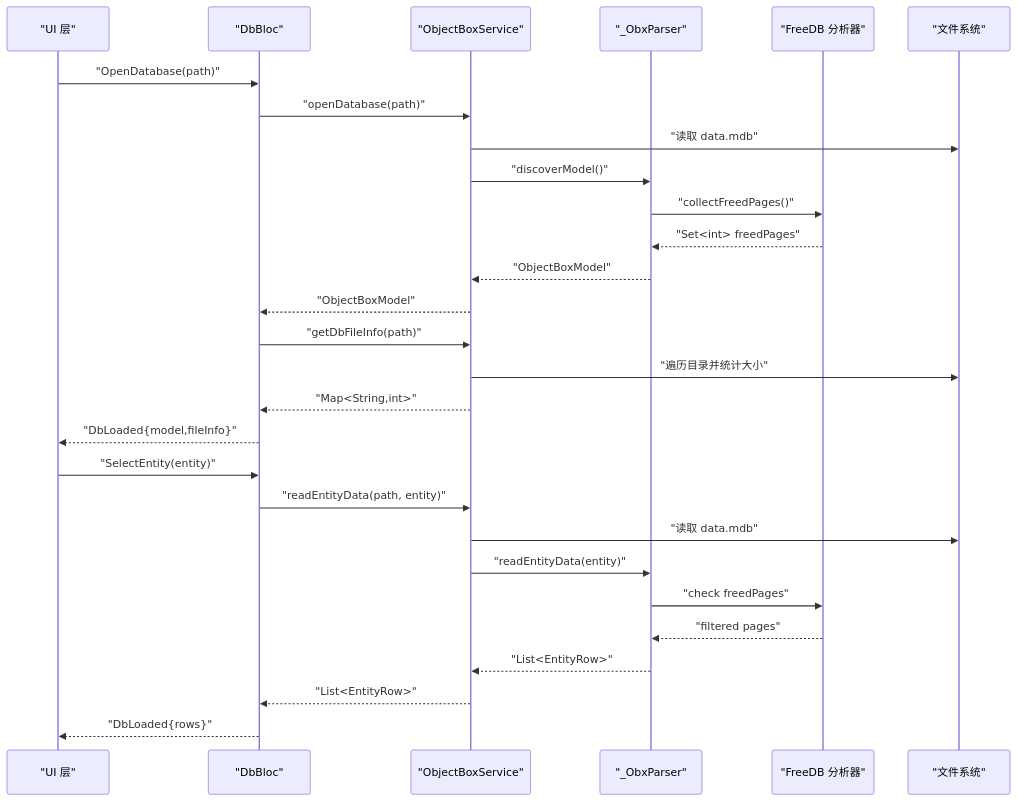
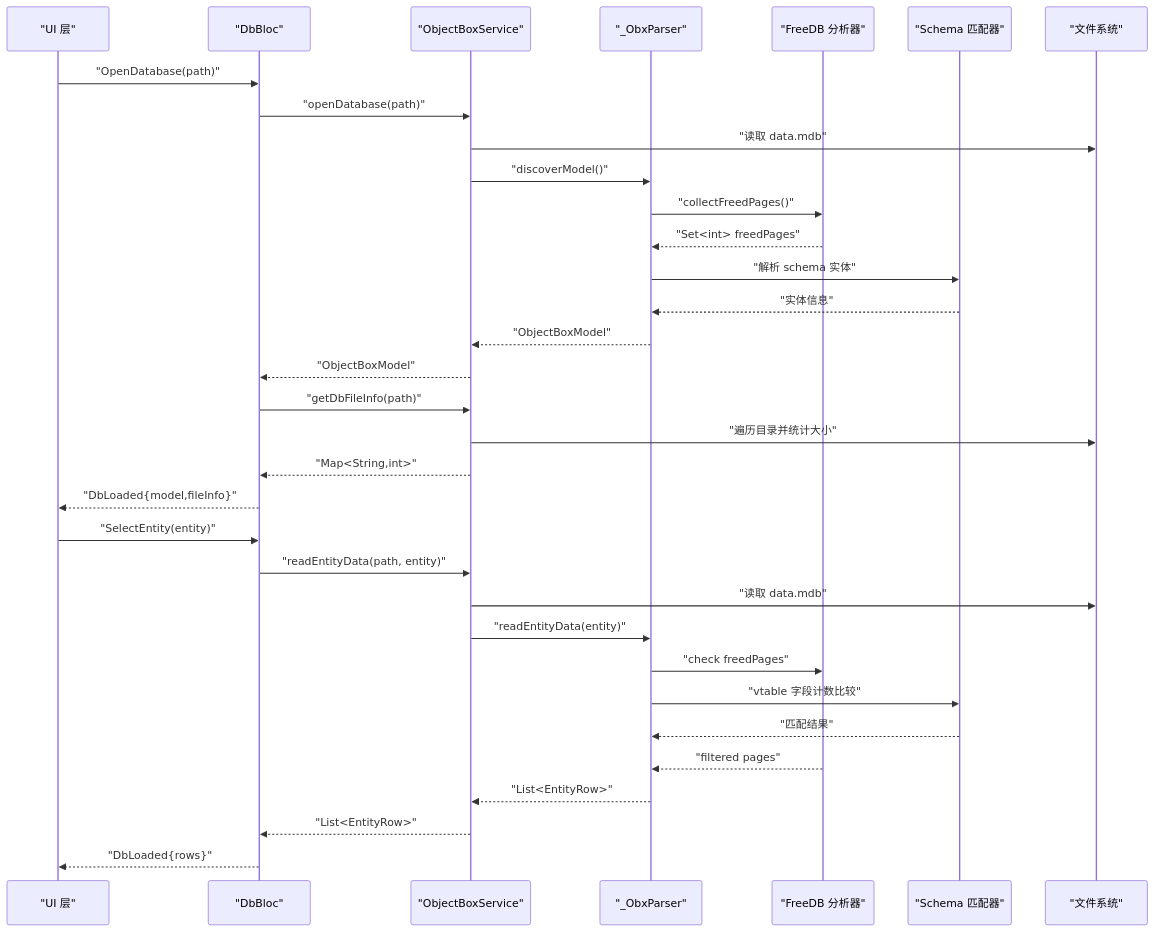
One commit to kongpf8848/objectbox_viewer changed the second of 7 diagrams in .qoder/repowiki/zh/content/架构设计/服务层架构.md. Above: the diagram before and after it, drawn with Mermaid. The commit also changed other lines of this file and 8 other files, not shown here.

````diff
--- a/.qoder/repowiki/zh/content/架构设计/服务层架构.md
+++ b/.qoder/repowiki/zh/content/架构设计/服务层架构.md
@@ -120,30 +132,35 @@
 ```mermaid
 sequenceDiagram
 participant UI as "UI 层"
 participant BLOC as "DbBloc"
 participant SVC as "ObjectBoxService"
 participant PARSER as "_ObxParser"
 participant FREE_DB as "FreeDB 分析器"
+participant SCHEMA_MATCH as "Schema 匹配器"
 participant FS as "文件系统"
 UI->>BLOC : "OpenDatabase(path)"
 BLOC->>SVC : "openDatabase(path)"
 SVC->>FS : "读取 data.mdb"
 SVC->>PARSER : "discoverModel()"
 PARSER->>FREE_DB : "collectFreedPages()"
 FREE_DB-->>PARSER : "Set<int> freedPages"
+PARSER->>SCHEMA_MATCH : "解析 schema 实体"
+SCHEMA_MATCH-->>PARSER : "实体信息"
 PARSER-->>SVC : "ObjectBoxModel"
 SVC-->>BLOC : "ObjectBoxModel"
 BLOC->>SVC : "getDbFileInfo(path)"
 SVC->>FS : "遍历目录并统计大小"
 SVC-->>BLOC : "Map<String,int>"
 BLOC-->>UI : "DbLoaded{model,fileInfo}"
 UI->>BLOC : "SelectEntity(entity)"
 BLOC->>SVC : "readEntityData(path, entity)"
 SVC->>FS : "读取 data.mdb"
 SVC->>PARSER : "readEntityData(entity)"
 PARSER->>FREE_DB : "check freedPages"
+PARSER->>SCHEMA_MATCH : "vtable 字段计数比较"
+SCHEMA_MATCH-->>PARSER : "匹配结果"
 FREE_DB-->>PARSER : "filtered pages"
 PARSER-->>SVC : "List<EntityRow>"
 SVC-->>BLOC : "List<EntityRow>"
 BLOC-->>UI : "DbLoaded{rows}"
 ```
````
